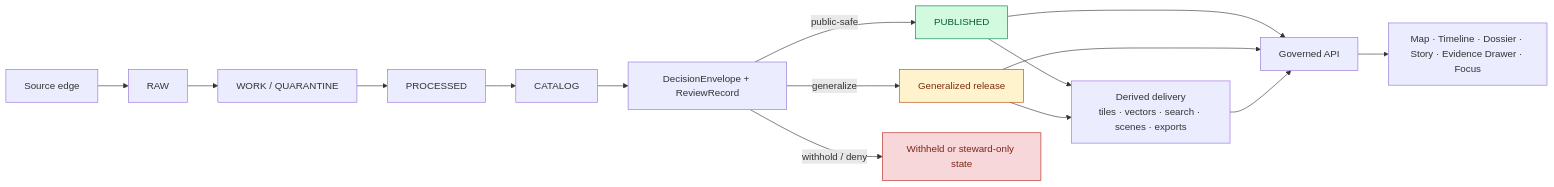
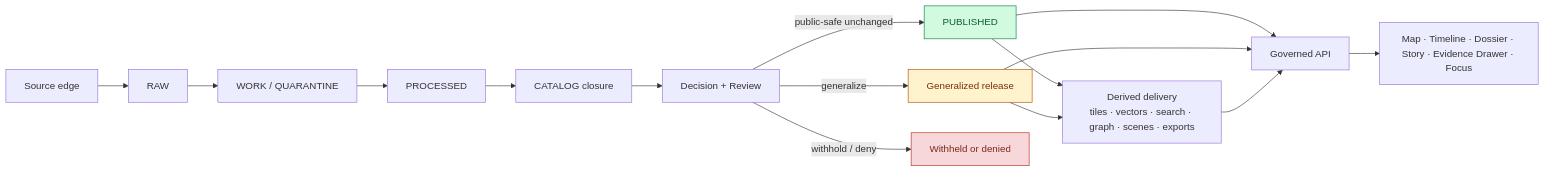
The diagram in docs/governance/SOVEREIGNTY.md (bartytime4life/Kansas-Frontier-Matrix), drawn with Mermaid before and after one commit. The commit also changed other lines of this file, not shown here.

````diff
--- a/docs/governance/SOVEREIGNTY.md
+++ b/docs/governance/SOVEREIGNTY.md
@@ -136,24 +121,24 @@
 ```mermaid
 flowchart LR
     A[Source edge] --> B[RAW]
     B --> C[WORK / QUARANTINE]
     C --> D[PROCESSED]
-    D --> E[CATALOG]
-    E --> F[DecisionEnvelope + ReviewRecord]
-    F -->|public-safe| G[PUBLISHED]
+    D --> E[CATALOG closure]
+    E --> F[Decision + Review]
+    F -->|public-safe unchanged| G[PUBLISHED]
     F -->|generalize| H[Generalized release]
-    F -->|withhold / deny| I[Withheld or steward-only state]
+    F -->|withhold / deny| I[Withheld or denied]
 
     G --> J[Governed API]
     H --> J
 
-    G --> K[Derived delivery<br/>tiles · vectors · search · scenes · exports]
+    G --> K[Derived delivery<br/>tiles · vectors · search · graph · scenes · exports]
     H --> K
 
     J --> L[Map · Timeline · Dossier · Story · Evidence Drawer · Focus]
     K --> J
 
     style I fill:#f8d7da,stroke:#b42318,color:#7a271a
     style H fill:#fff3cd,stroke:#b54708,color:#7a2e0e
     style G fill:#d1fadf,stroke:#027a48,color:#085d3a
 ```
````
